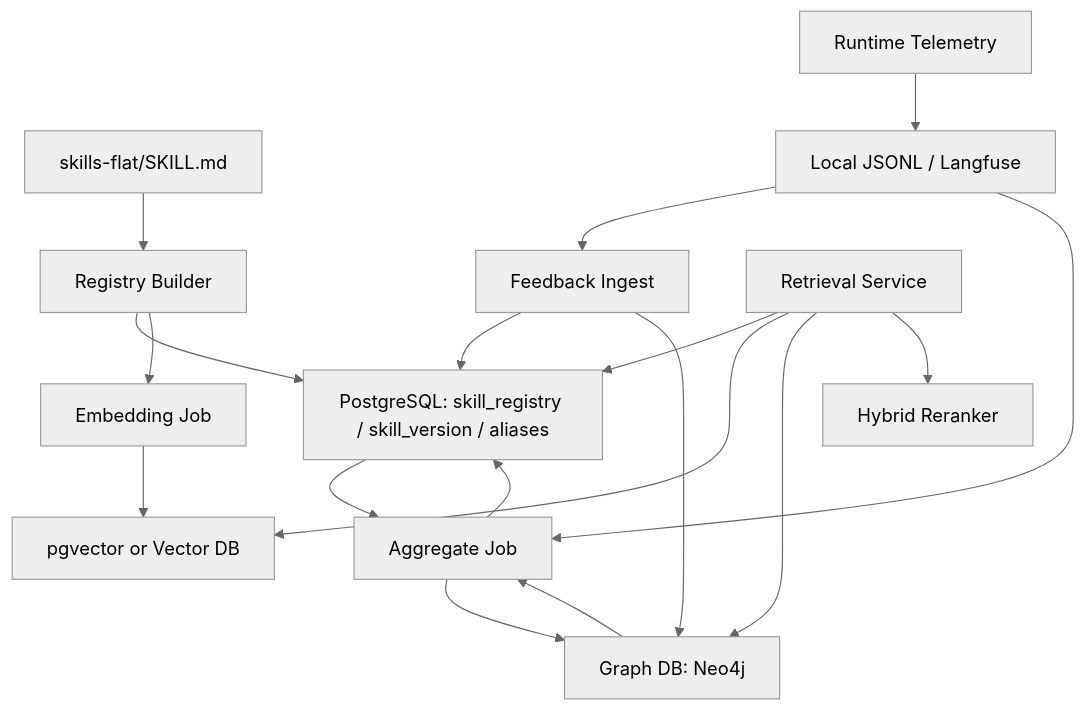
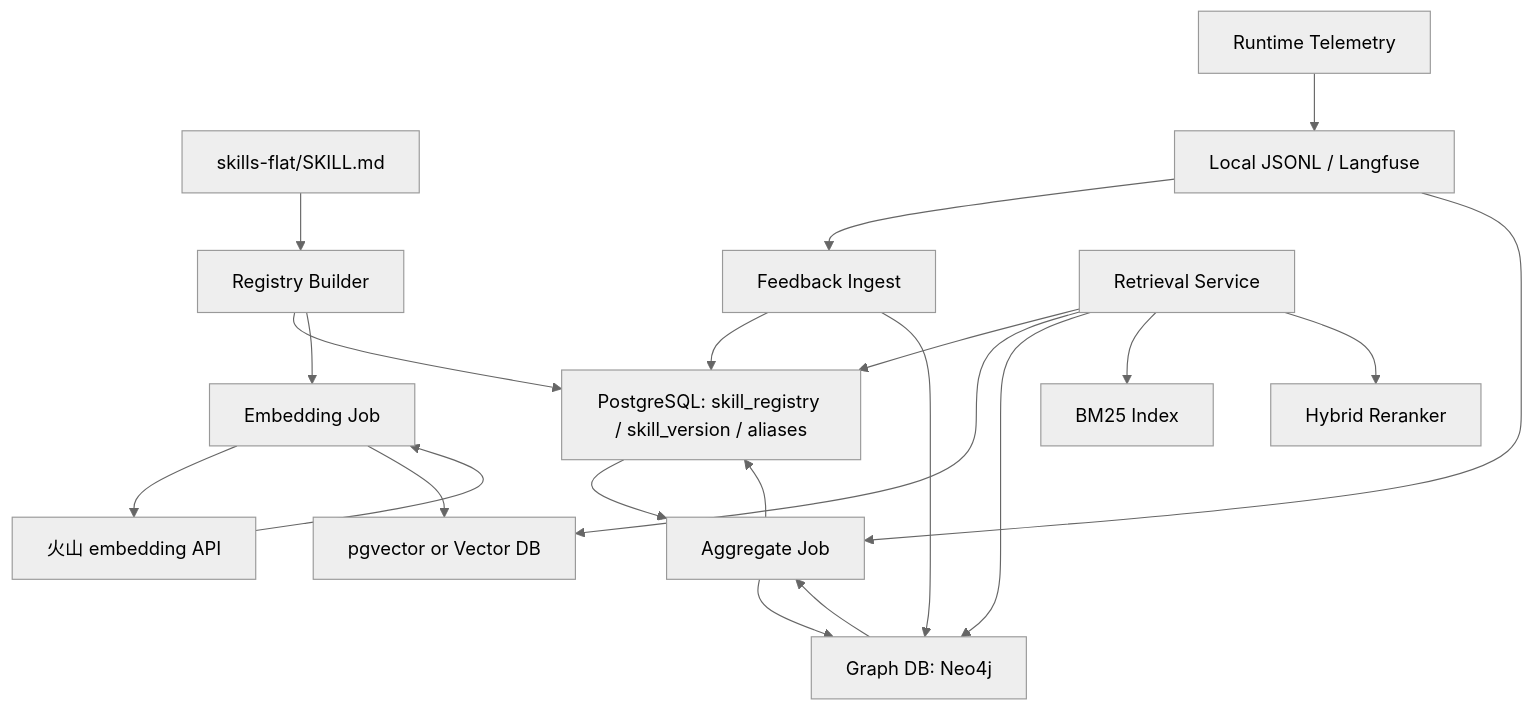
One commit to Mr-Q526/TeamCC-Platform changed the second of 2 diagrams in docs/architecture/20260411-skill-knowledge-graph-feedback-telemetry.md. Above: the diagram before and after it, drawn with Mermaid (neutral theme). The commit also changed other lines of this file and 2 other files, not shown here.

````diff
--- a/docs/architecture/20260411-skill-knowledge-graph-feedback-telemetry.md
+++ b/docs/architecture/20260411-skill-knowledge-graph-feedback-telemetry.md
@@ -1007,23 +1127,26 @@
 ```mermaid
 flowchart TD
   A["skills-flat/SKILL.md"] --> B["Registry Builder"]
   B --> C["PostgreSQL: skill_registry / skill_version / aliases"]
   B --> D["Embedding Job"]
+  D --> V["火山 embedding API"]
+  V --> D
   D --> E["pgvector or Vector DB"]
 
   F["Runtime Telemetry"] --> G["Local JSONL / Langfuse"]
   G --> H["Feedback Ingest"]
   H --> C
   H --> I["Graph DB: Neo4j"]
 
   C --> J["Aggregate Job"]
   G --> J
   I --> J
   J --> C
   J --> I
 
   K["Retrieval Service"] --> C
   K --> E
   K --> I
+  K --> M["BM25 Index"]
   K --> L["Hybrid Reranker"]
 ```
````
